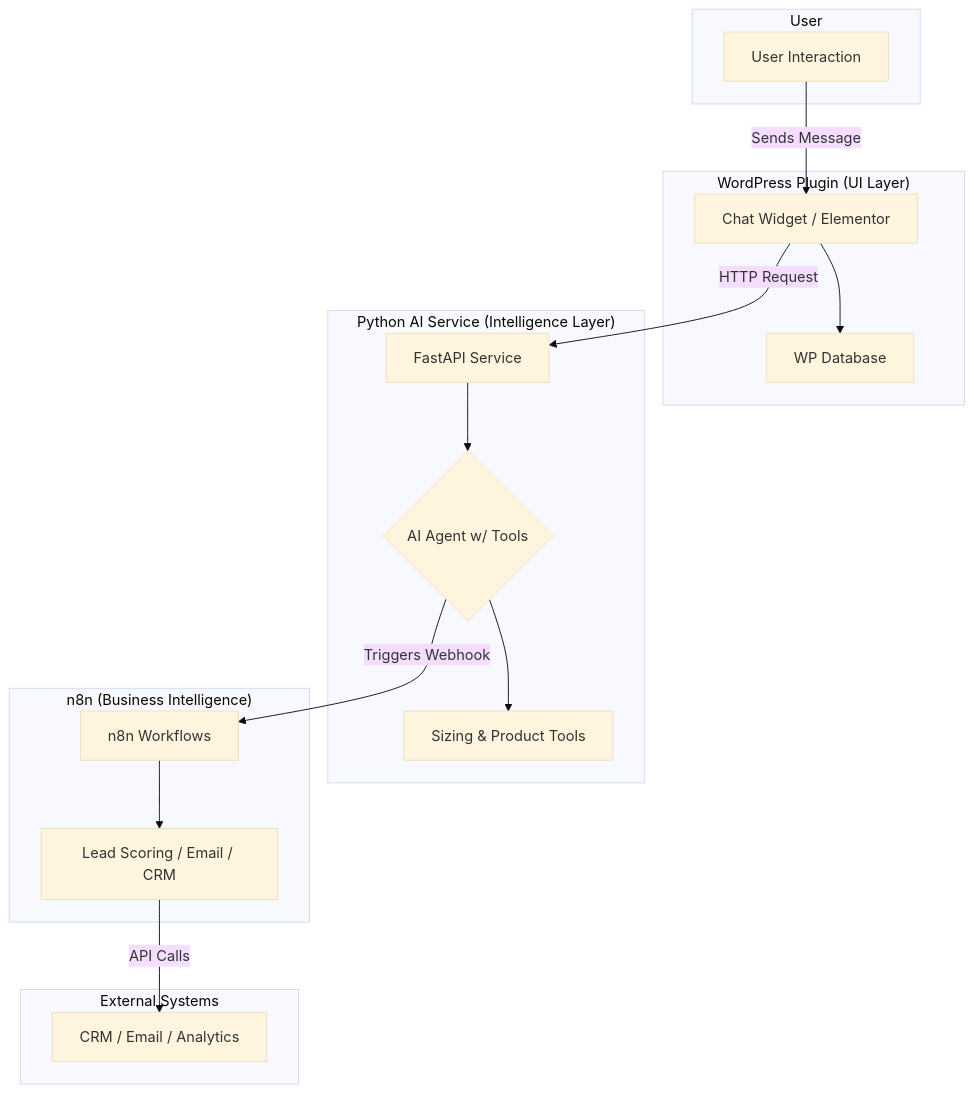
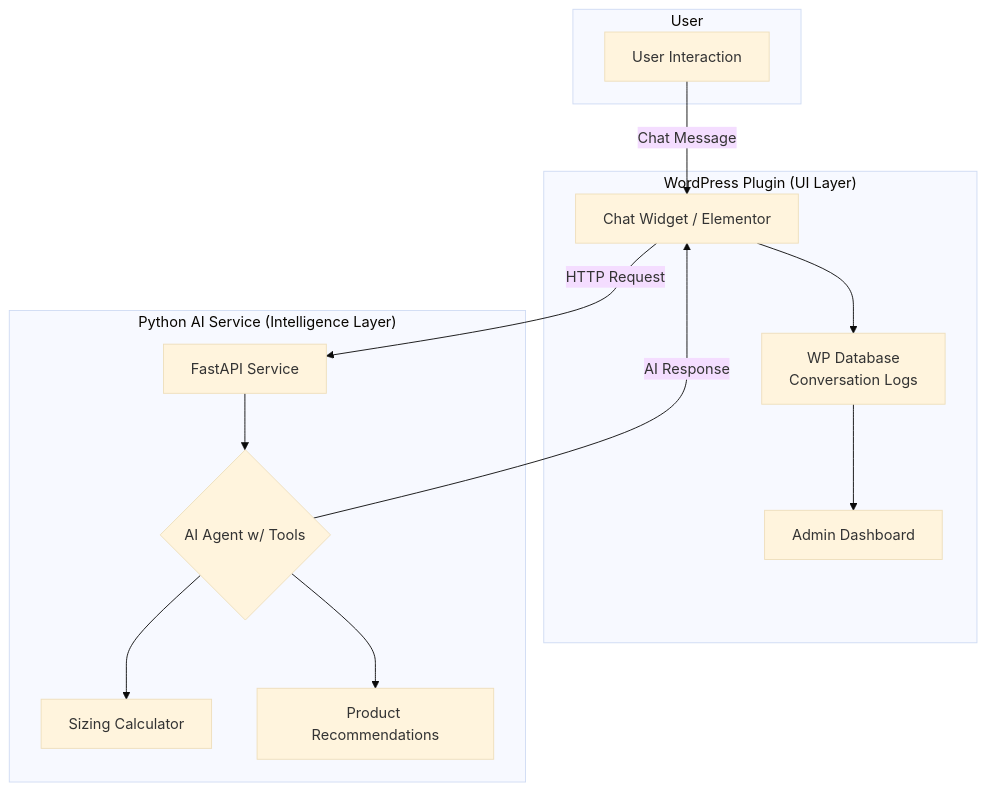
One commit to tyrz939/dehum_assistant changed the diagram in README.md. Above: the diagram before and after it, drawn with Mermaid (base theme). The commit also changed other lines of this file, not shown here.

````diff
--- a/README.md
+++ b/README.md
@@ -13,28 +12,28 @@
 ```mermaid
 graph TD
     subgraph User["User"]
         A[User Interaction]
     end
 
     subgraph WordPress["WordPress Plugin (UI Layer)"]
-        B[Chat Widget / Elementor] --> C[WP Database]
+        B[Chat Widget / Elementor] 
+        C[WP Database<br/>Conversation Logs]
+        D[Admin Dashboard]
     end
 
     subgraph Python["Python AI Service (Intelligence Layer)"]
-        D[FastAPI Service] --> E{AI Agent w/ Tools}
-        E --> F[Sizing & Product Tools]
+        E[FastAPI Service] 
+        F{AI Agent w/ Tools}
+        G[Sizing Calculator]
+        H[Product Recommendations]
+        E --> F
+        F --> G
+        F --> H
     end
 
-    subgraph N8N["n8n (Business Intelligence)"]
-        G[n8n Workflows] --> H[Lead Scoring / Email / CRM]
-    end
-
-    subgraph External["External Systems"]
-        I[CRM / Email / Analytics]
-    end
-
-    A -->|"Sends Message"| B
-    B -->|"HTTP Request"| D
-    E -->|"Triggers Webhook"| G
-    H -->|"API Calls"| I
+    A -->|"Chat Message"| B
+    B -->|"HTTP Request"| E
+    F -->|"AI Response"| B
+    B --> C
+    C --> D
 ```
````
